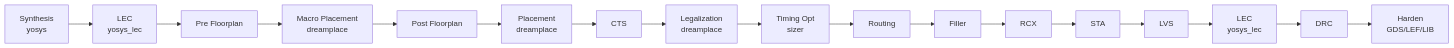
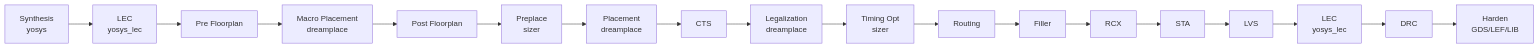
The second of 2 diagrams in chipcompiler/docs/ecc-tutorial.cn.md (openecos-projects/ecc), drawn with Mermaid before and after one commit. The commit also changed other lines of this file and 18 other files, not shown here.

Commit message:
feat(flow): add preplace sizer step

````diff
--- a/chipcompiler/docs/ecc-tutorial.cn.md
+++ b/chipcompiler/docs/ecc-tutorial.cn.md
@@ -289,6 +290,6 @@
 ```mermaid
 graph LR
-    A[Synthesis<br/>yosys] --> Q[LEC<br/>yosys_lec] --> B[Pre Floorplan] --> C[Macro Placement<br/>dreamplace] --> P[Post Floorplan] --> D[Placement<br/>dreamplace]
+    A[Synthesis<br/>yosys] --> Q[LEC<br/>yosys_lec] --> B[Pre Floorplan] --> C[Macro Placement<br/>dreamplace] --> P[Post Floorplan] --> X[Preplace<br/>sizer] --> D[Placement<br/>dreamplace]
     D --> E[CTS] --> F[Legalization<br/>dreamplace] --> T[Timing Opt<br/>sizer] --> G[Routing]
     G --> J[Filler] --> K[RCX] --> L[STA] --> I[LVS] --> N[LEC<br/>yosys_lec] --> H[DRC] --> M[Harden<br/>GDS/LEF/LIB]
 ```
````
